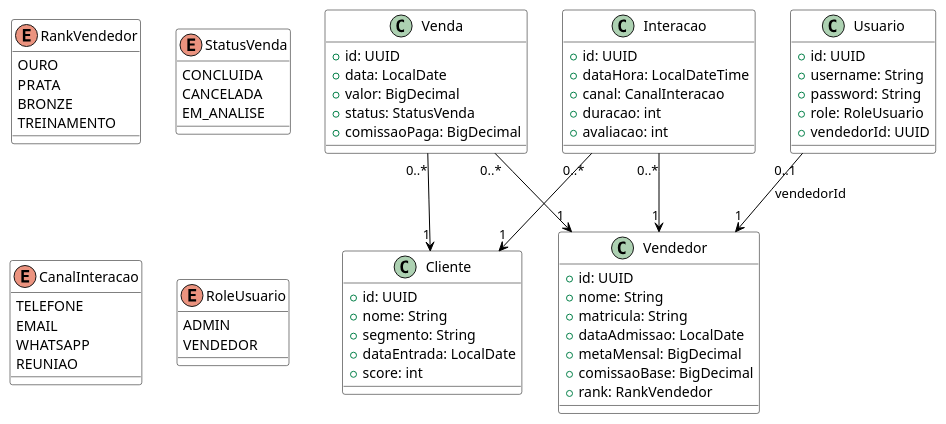
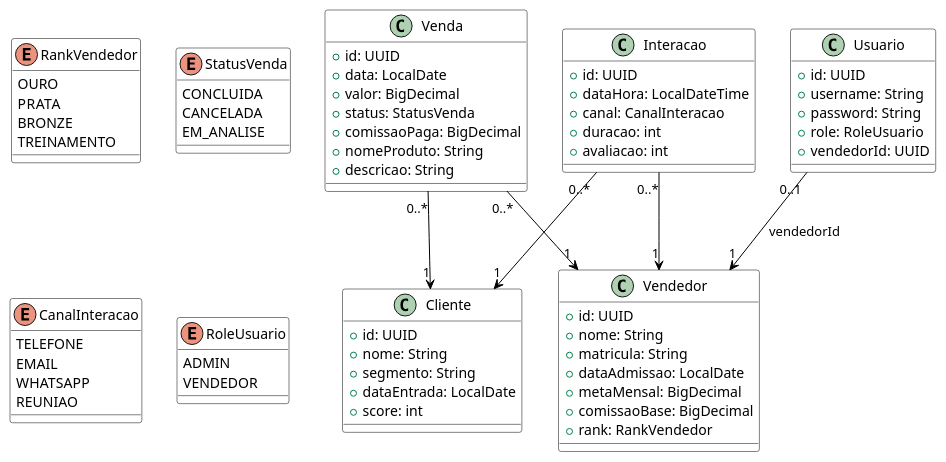
The diagram in trabalho/diagramas/diagrama-classes.plantuml (GabO-y/CrmInsgth), drawn with PlantUML before and after one commit. The commit also changed 31 other files, not shown here.

Commit message:
feat(vendas): adicionar nome do produto e descrição às vendas

```diff
--- a/trabalho/diagramas/diagrama-classes.plantuml
+++ b/trabalho/diagramas/diagrama-classes.plantuml
@@ -1,92 +1,94 @@
 @startuml
 
 skinparam class {
   BackgroundColor White
   BorderColor Black
   HeaderBackgroundColor White
   FontColor Black
 }
 
 skinparam enum {
   BackgroundColor White
   BorderColor Black
   FontColor Black
 }
 
 skinparam arrow {
   Color Black
 }
 
 class Cliente {
   + id: UUID
   + nome: String
   + segmento: String
   + dataEntrada: LocalDate
   + score: int
 }
 
 class Vendedor {
   + id: UUID
   + nome: String
   + matricula: String
   + dataAdmissao: LocalDate
   + metaMensal: BigDecimal
   + comissaoBase: BigDecimal
   + rank: RankVendedor
 }
 
 class Venda {
   + id: UUID
   + data: LocalDate
   + valor: BigDecimal
   + status: StatusVenda
   + comissaoPaga: BigDecimal
+  + nomeProduto: String
+  + descricao: String
 }
 
 class Interacao {
   + id: UUID
   + dataHora: LocalDateTime
   + canal: CanalInteracao
   + duracao: int
   + avaliacao: int
 }
 
 class Usuario {
   + id: UUID
   + username: String
   + password: String
   + role: RoleUsuario
   + vendedorId: UUID
 }
 
 Venda "0..*" --> "1" Cliente
 Venda "0..*" --> "1" Vendedor
 Interacao "0..*" --> "1" Cliente
 Interacao "0..*" --> "1" Vendedor
 Usuario "0..1" --> "1" Vendedor : vendedorId
 
 enum RankVendedor {
   OURO
   PRATA
   BRONZE
   TREINAMENTO
 }
 
 enum StatusVenda {
   CONCLUIDA
   CANCELADA
   EM_ANALISE
 }
 
 enum CanalInteracao {
   TELEFONE
   EMAIL
   WHATSAPP
   REUNIAO
 }
 
 enum RoleUsuario {
   ADMIN
   VENDEDOR
 }
 @enduml
```
